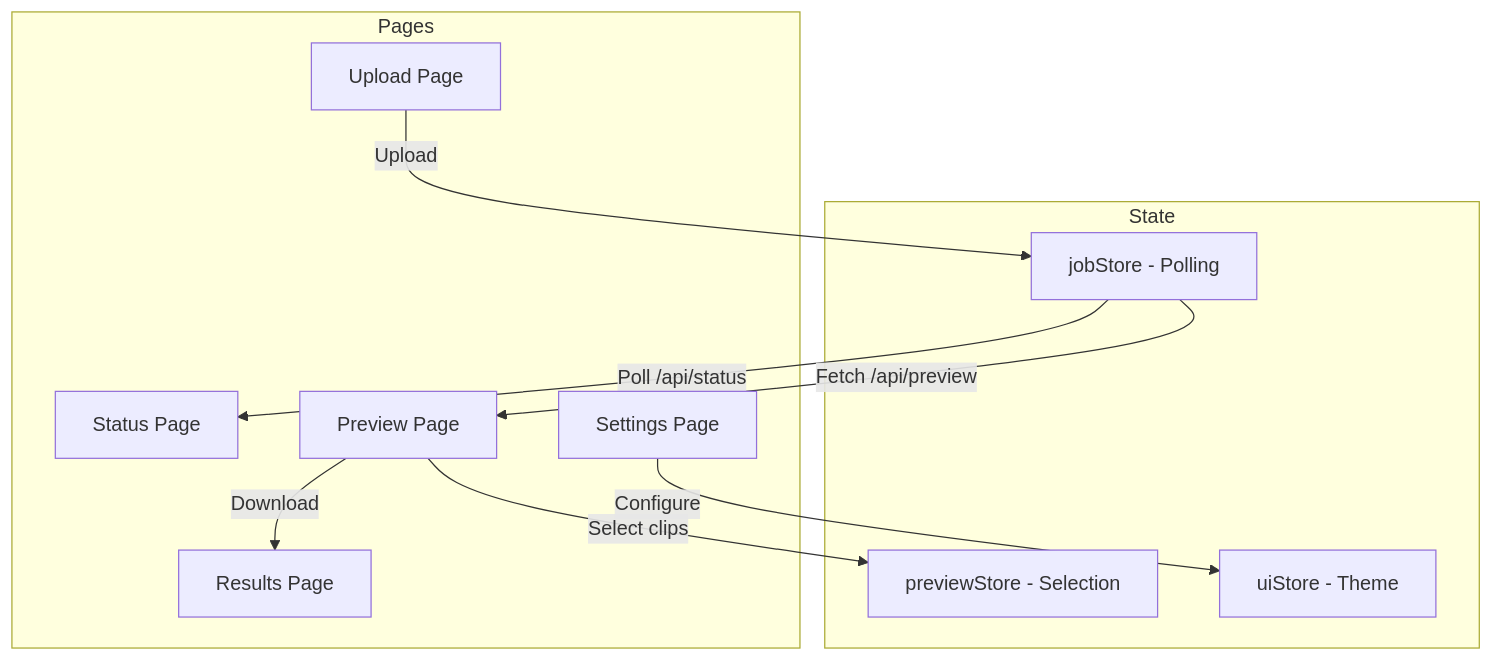
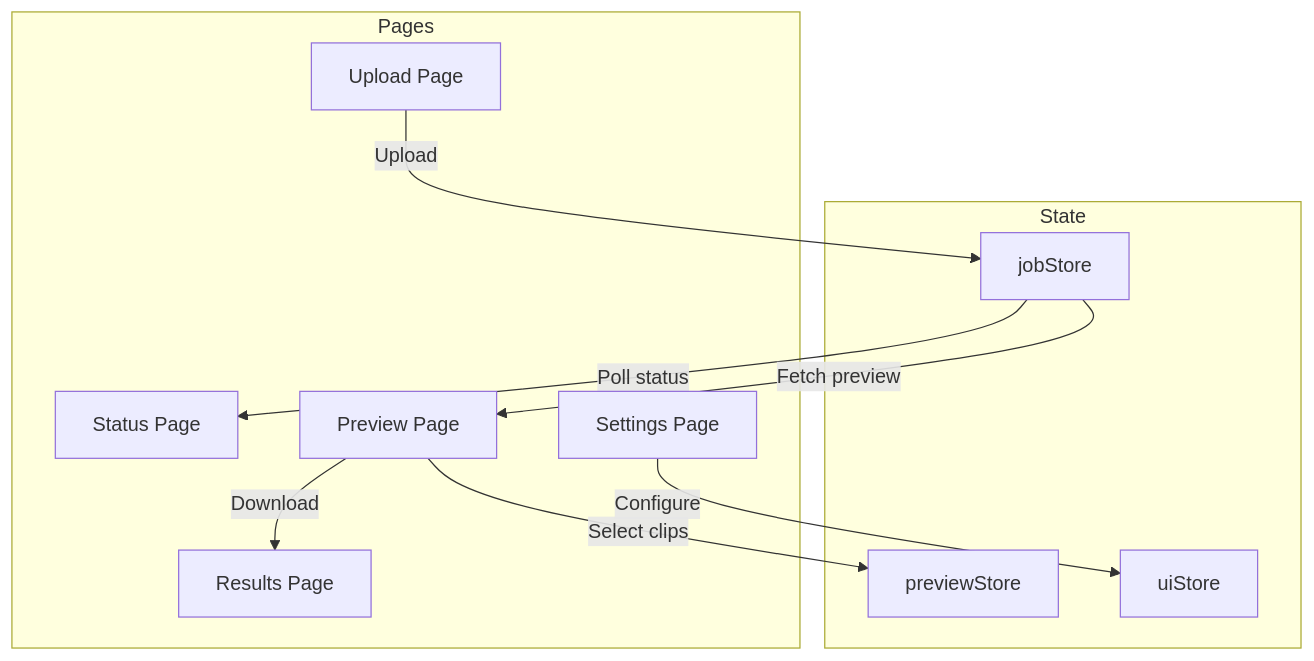
Diagram 16 of 16 in README.md (samm329-ui/Trimora_v2), drawn with Mermaid before and after one commit. The commit also changed other lines of this file, not shown here.

Commit message:
docs: update README with Deterministic Story Composer documentation and Mermaid diagrams

````diff
--- a/README.md
+++ b/README.md
@@ -1500,23 +1208,23 @@
 ```mermaid
 flowchart TB
     subgraph Pages["Pages"]
         UP["Upload Page"]
         SP["Status Page"]
         PP["Preview Page"]
         RP["Results Page"]
         SET["Settings Page"]
     end
 
     subgraph State["State"]
-        JS["jobStore - Polling"]
-        PS["previewStore - Selection"]
-        UI["uiStore - Theme"]
+        JS["jobStore"]
+        PS["previewStore"]
+        UI["uiStore"]
     end
 
     UP -->|"Upload"| JS
-    JS -->|"Poll /api/status"| SP
-    JS -->|"Fetch /api/preview"| PP
+    JS -->|"Poll status"| SP
+    JS -->|"Fetch preview"| PP
     PP -->|"Select clips"| PS
     PP -->|"Download"| RP
     SET -->|"Configure"| UI
 ```
````
